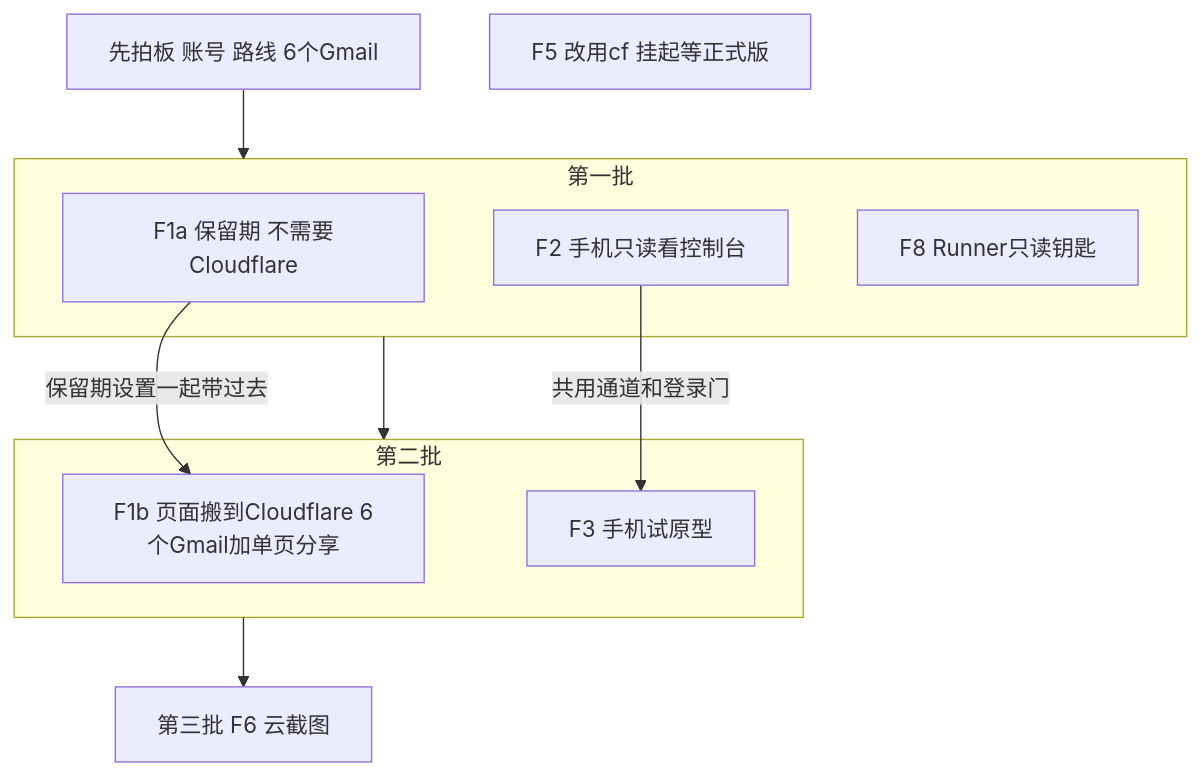
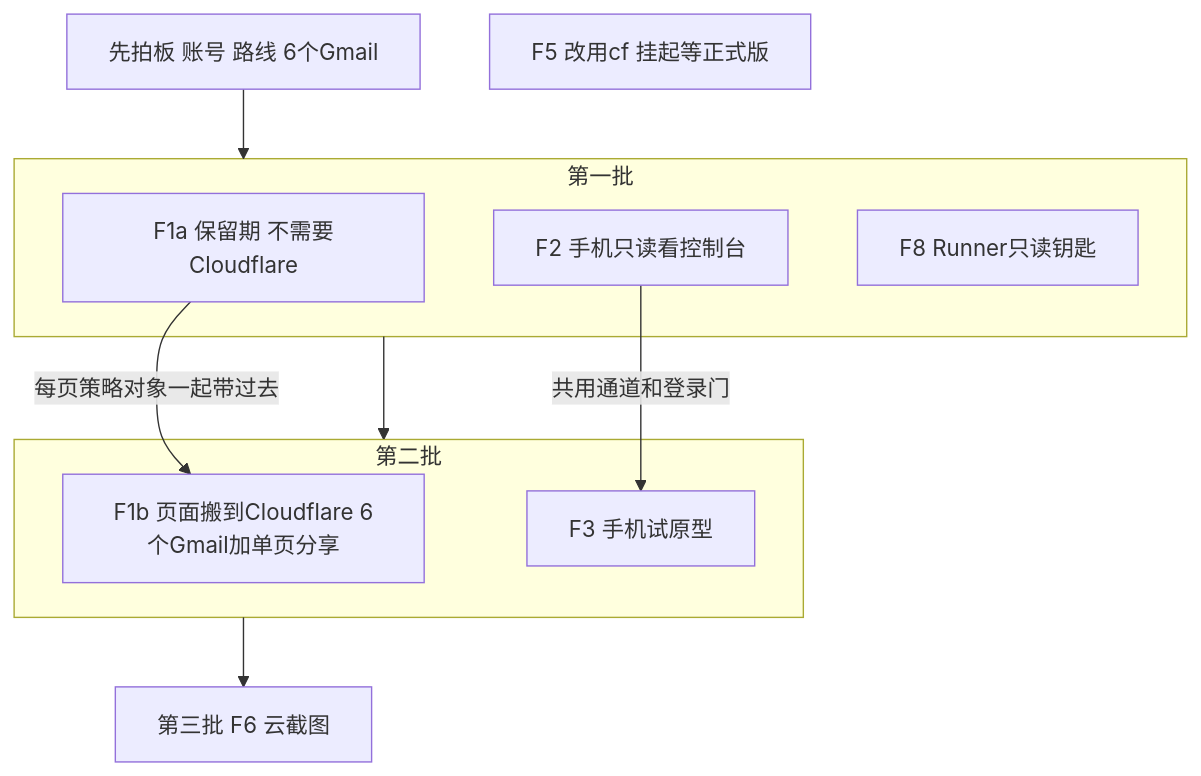
One commit to xrliAnnie/flywheel-qa-sandbox changed the first of 2 diagrams in engineering/doc/FLY-3133-cloudflare-remote-access/plan.md. Above: the diagram before and after it, drawn with Mermaid. The commit also changed other lines of this file and 2 other files, not shown here.

````diff
--- a/engineering/doc/FLY-3133-cloudflare-remote-access/plan.md
+++ b/engineering/doc/FLY-3133-cloudflare-remote-access/plan.md
@@ -12,18 +13,18 @@
 ```mermaid
 flowchart TD
   P[先拍板 账号 路线 6个Gmail] --> B1
   subgraph B1[第一批]
     F1a[F1a 保留期 不需要Cloudflare]
     F2[F2 手机只读看控制台]
     F8[F8 Runner只读钥匙]
   end
   B1 --> B2
   subgraph B2[第二批]
     F1b[F1b 页面搬到Cloudflare 6个Gmail加单页分享]
     F3[F3 手机试原型]
   end
   B2 --> F6[第三批 F6 云截图]
   F5[F5 改用cf 挂起等正式版]
-  F1a -->|保留期设置一起带过去| F1b
+  F1a -->|每页策略对象一起带过去| F1b
   F2 -->|共用通道和登录门| F3
 ```
````
